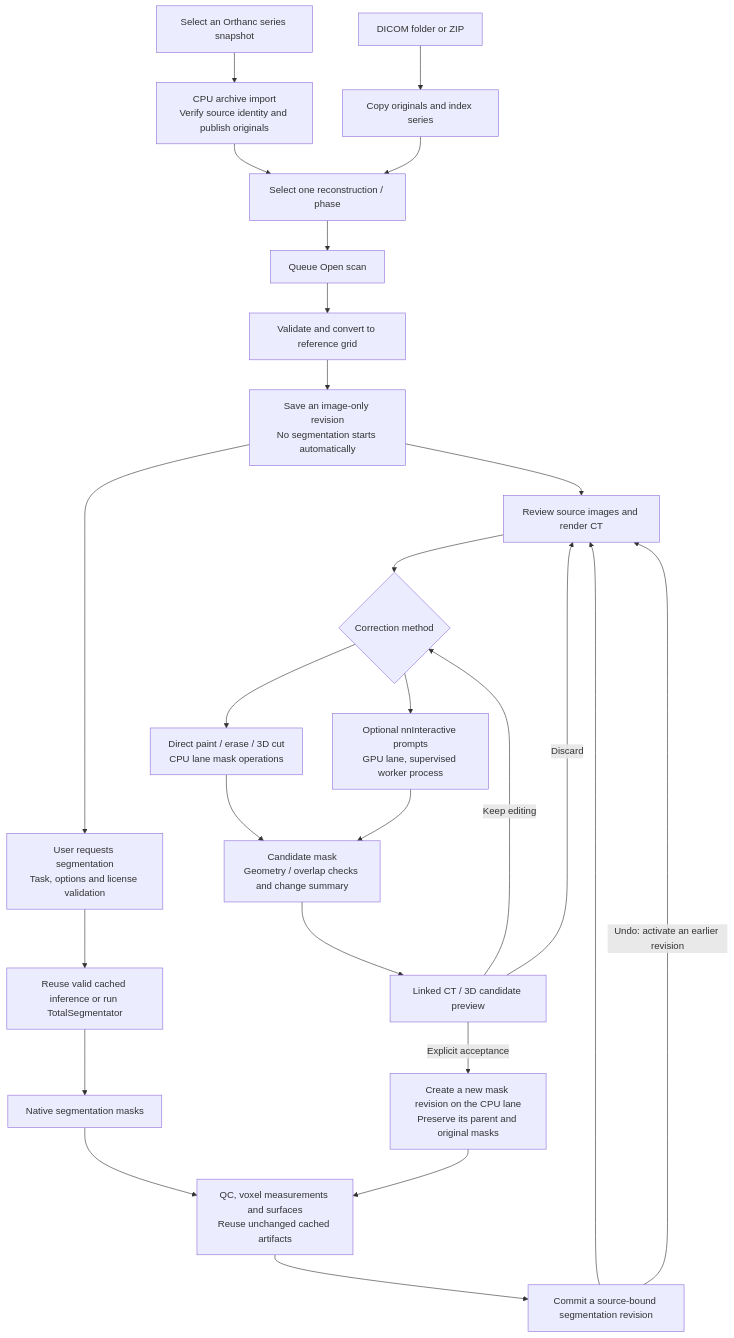
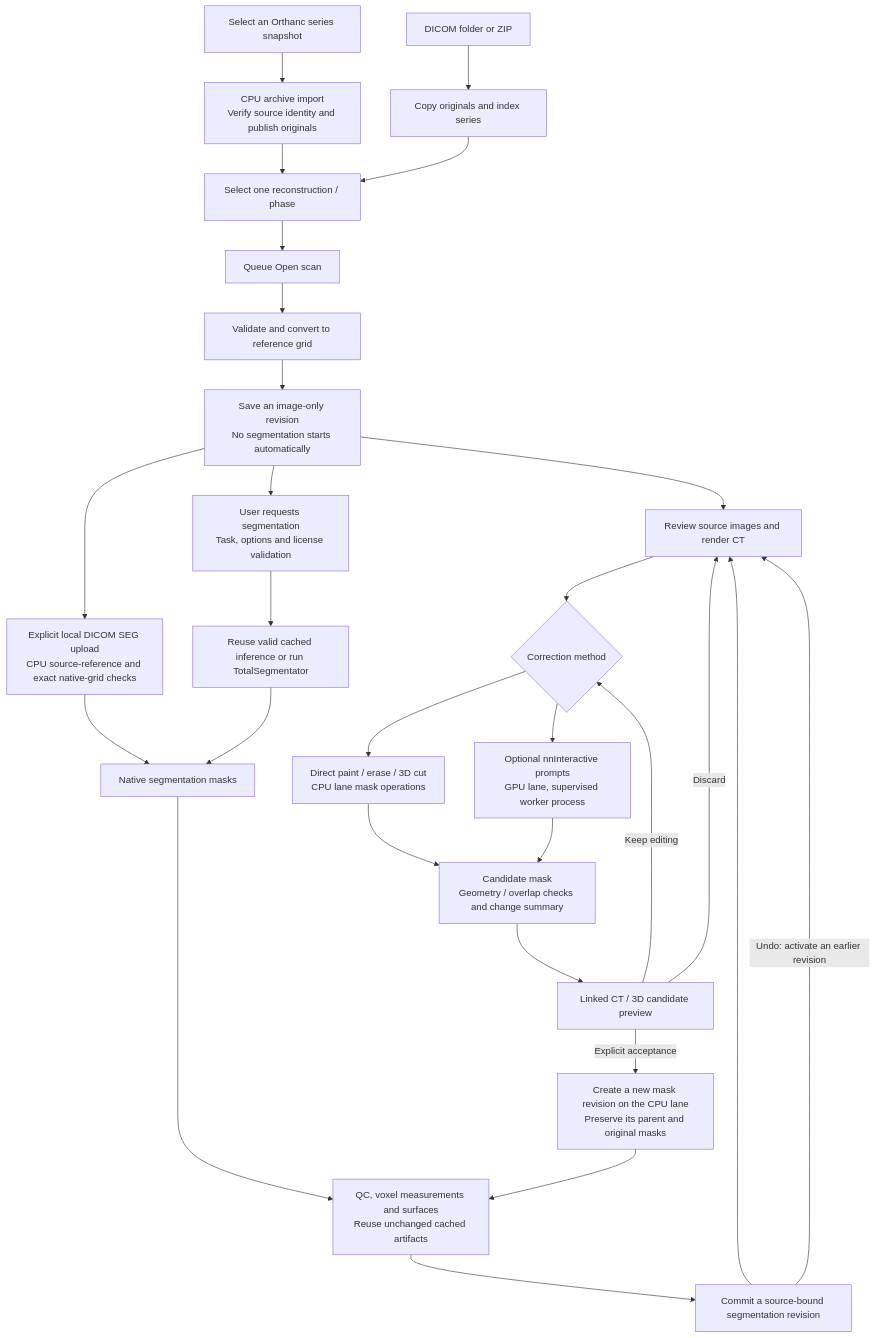
Before and after one commit to Truth129/3DScan: the second of 3 diagrams in docs/ARCHITECTURE.md, drawn with Mermaid. The commit also changed other lines of this file and 15 other files, not shown here.

Commit message:
Import source-bound DICOM SEG masks as editable revisions

````diff
--- a/docs/ARCHITECTURE.md
+++ b/docs/ARCHITECTURE.md
@@ -345,29 +345,31 @@
 ```mermaid
 flowchart TD
   INPUT["DICOM folder or ZIP"] --> IMPORT["Copy originals and index series"]
   ARCHIVE["Select an Orthanc series snapshot"] --> COPY["CPU archive import<br/>Verify source identity and publish originals"]
   COPY --> SELECT
   IMPORT --> SELECT["Select one reconstruction / phase"]
   SELECT --> OPEN["Queue Open scan"]
   OPEN --> CONVERT["Validate and convert to reference grid"]
   CONVERT --> IMAGE["Save an image-only revision<br/>No segmentation starts automatically"]
   IMAGE --> VIEW["Review source images and render CT"]
+  IMAGE --> SEGIMPORT["Explicit local DICOM SEG upload<br/>CPU source-reference and exact native-grid checks"]
+  SEGIMPORT --> MASKS
   IMAGE --> REQUEST["User requests segmentation<br/>Task, options and license validation"]
   REQUEST --> INFER["Reuse valid cached inference or run TotalSegmentator"]
   INFER --> MASKS["Native segmentation masks"]
   MASKS --> ARTIFACTS["QC, voxel measurements and surfaces<br/>Reuse unchanged cached artifacts"]
   ARTIFACTS --> SAVE["Commit a source-bound segmentation revision"]
   SAVE --> VIEW
 
   VIEW --> METHOD{"Correction method"}
   METHOD --> DIRECT["Direct paint / erase / 3D cut<br/>CPU lane mask operations"]
   METHOD --> AI["Optional nnInteractive prompts<br/>GPU lane, supervised worker process"]
   DIRECT --> CANDIDATE["Candidate mask<br/>Geometry / overlap checks and change summary"]
   AI --> CANDIDATE
   CANDIDATE --> PREVIEW["Linked CT / 3D candidate preview"]
   PREVIEW -->|"Keep editing"| METHOD
   PREVIEW -->|"Discard"| VIEW
   PREVIEW -->|"Explicit acceptance"| NEW["Create a new mask revision on the CPU lane<br/>Preserve its parent and original masks"]
   NEW --> ARTIFACTS
   SAVE -->|"Undo: activate an earlier revision"| VIEW
 ```
````
